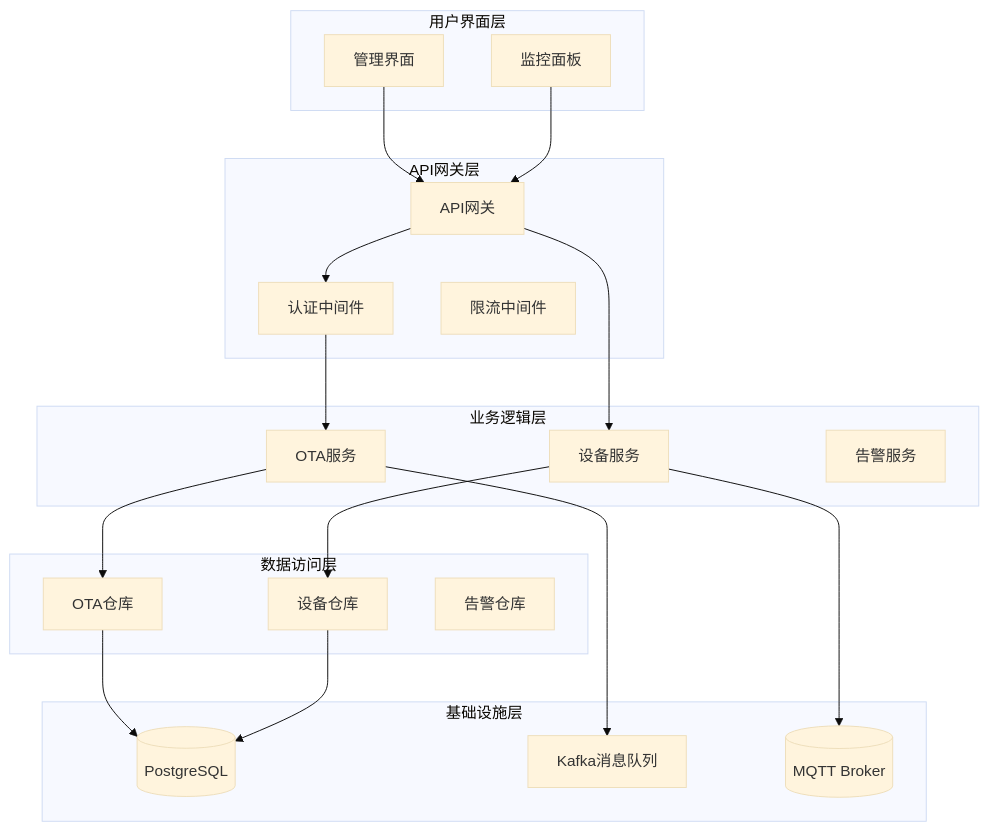
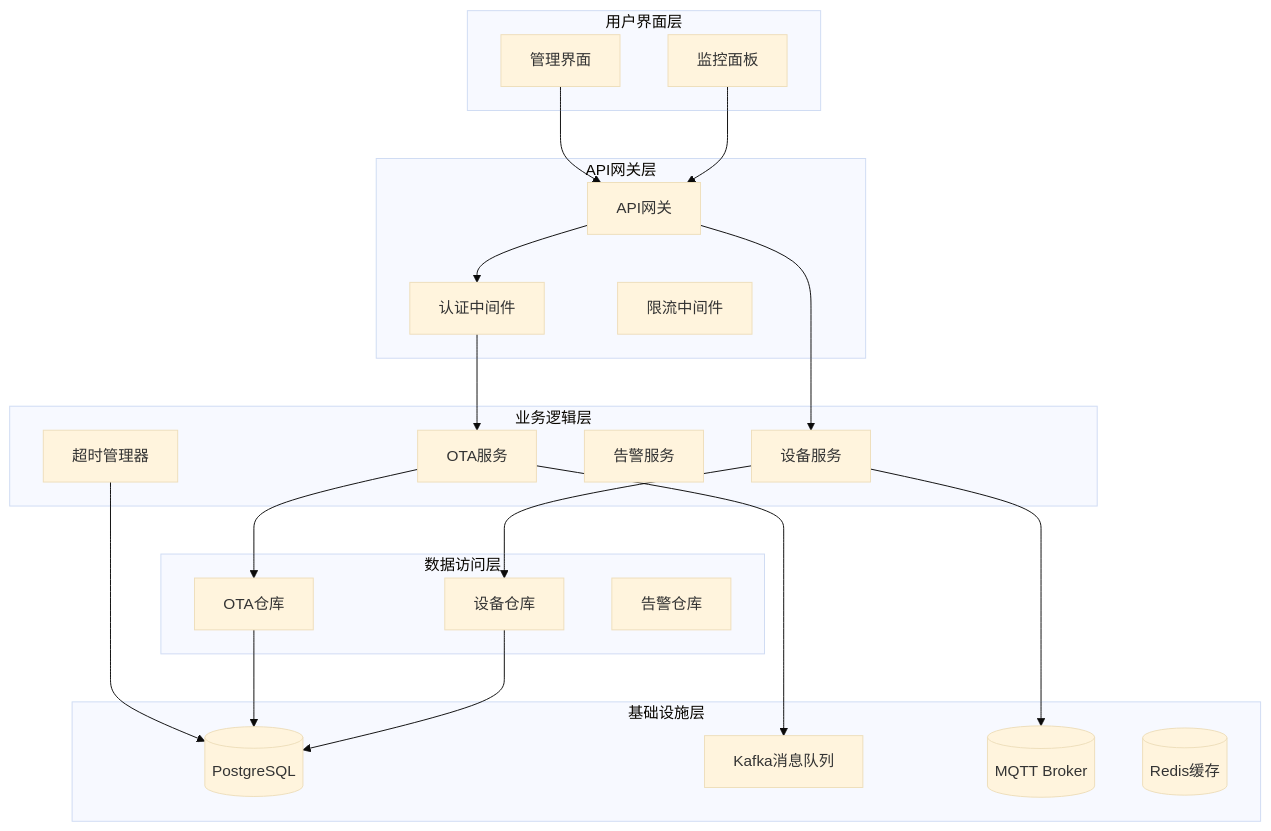
Before and after one commit to mcmrzy/cs_inv_monitor-develop: the fourth of 22 diagrams in .qoder/repowiki/zh/content/OTA升级系统/OTA任务调度/OTA任务调度.md, drawn with Mermaid (base theme). The commit also changed other lines of this file and 28 other files, not shown here.

````diff
--- a/.qoder/repowiki/zh/content/OTA升级系统/OTA任务调度/OTA任务调度.md
+++ b/.qoder/repowiki/zh/content/OTA升级系统/OTA任务调度/OTA任务调度.md
@@ -298,38 +320,41 @@
 ```mermaid
 graph TB
 subgraph "用户界面层"
 ADMIN[管理界面]
 MONITOR[监控面板]
 end
 subgraph "API网关层"
 GATEWAY[API网关]
 AUTH[认证中间件]
 RATE_LIMIT[限流中间件]
 end
 subgraph "业务逻辑层"
 OTA_SERVICE[OTA服务]
 DEVICE_SERVICE[设备服务]
 ALERT_SERVICE[告警服务]
+TIMEOUT_MANAGER[超时管理器]
 end
 subgraph "数据访问层"
 OTA_REPO[OTA仓库]
 DEVICE_REPO[设备仓库]
 ALERT_REPO[告警仓库]
 end
 subgraph "基础设施层"
 DB[(PostgreSQL)]
 MQ[Kafka消息队列]
 MQTT_BROKER[(MQTT Broker)]
+REDIS[(Redis缓存)]
 end
 ADMIN --> GATEWAY
 MONITOR --> GATEWAY
 GATEWAY --> AUTH
 AUTH --> OTA_SERVICE
 GATEWAY --> DEVICE_SERVICE
 OTA_SERVICE --> OTA_REPO
 DEVICE_SERVICE --> DEVICE_REPO
 OTA_SERVICE --> MQ
 DEVICE_SERVICE --> MQTT_BROKER
+TIMEOUT_MANAGER --> DB
 OTA_REPO --> DB
 DEVICE_REPO --> DB
 ```
````
